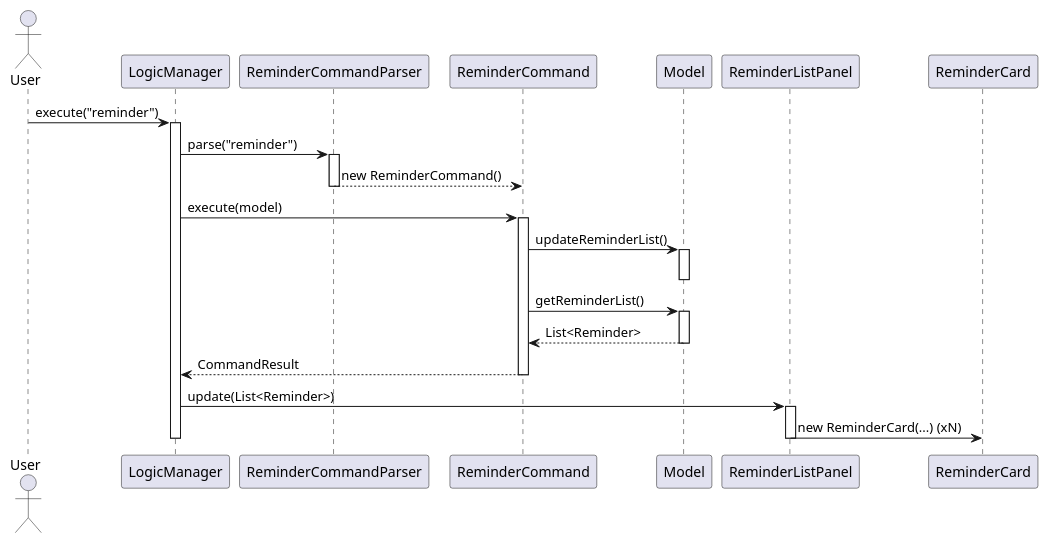
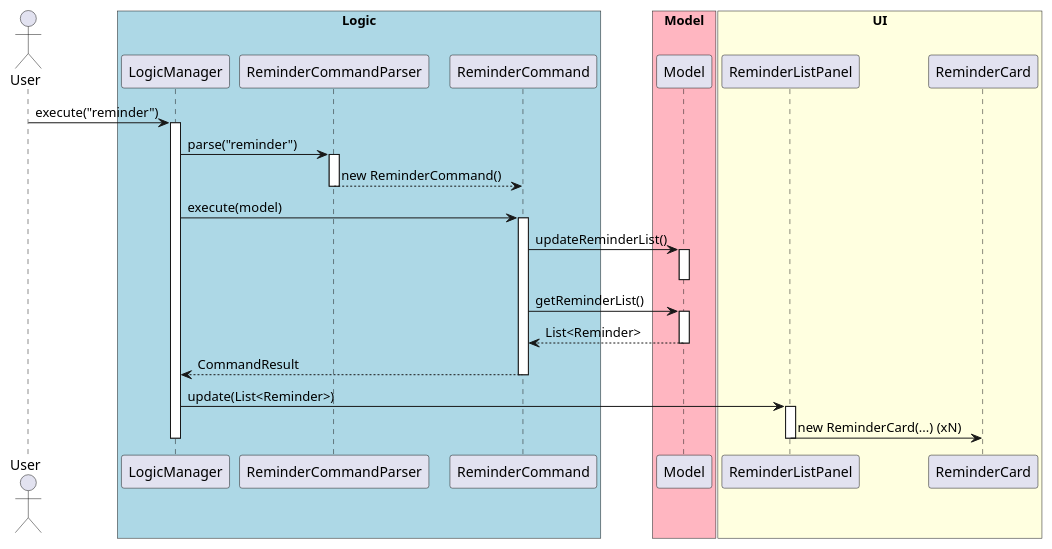
Before and after one commit to kimseunghyun-kr/tp: the diagram in docs/diagrams/ReminderSequence.puml, drawn with PlantUML.

Commit message:
Add package information to reminder sequence diagram

```diff
--- a/docs/diagrams/ReminderSequence.puml
+++ b/docs/diagrams/ReminderSequence.puml
@@ -1,41 +1,51 @@
 @startuml
 actor User
 
+' === Group by architectural layer using AB3-style boxes ===
+
+box "Logic" #LightBlue
 participant LogicManager
 participant ReminderCommandParser
 participant ReminderCommand
+end box
+
+box "Model" #LightPink
 participant Model
+end box
+
+box "UI" #LightYellow
 participant ReminderListPanel
 participant ReminderCard
+end box
 
 User -> LogicManager : execute("reminder")
 activate LogicManager
 
 LogicManager -> ReminderCommandParser : parse("reminder")
 activate ReminderCommandParser
 ReminderCommandParser --> ReminderCommand : new ReminderCommand()
 deactivate ReminderCommandParser
 
 LogicManager -> ReminderCommand : execute(model)
 activate ReminderCommand
 
 ReminderCommand -> Model : updateReminderList()
 activate Model
 deactivate Model
 
 ReminderCommand -> Model : getReminderList()
 activate Model
 Model --> ReminderCommand : List<Reminder>
 deactivate Model
 
 ReminderCommand --> LogicManager : CommandResult
 deactivate ReminderCommand
 
 LogicManager -> ReminderListPanel : update(List<Reminder>)
 activate ReminderListPanel
 
 ReminderListPanel -> ReminderCard : new ReminderCard(...) (xN)
 deactivate ReminderListPanel
 
 deactivate LogicManager
 @enduml
```
